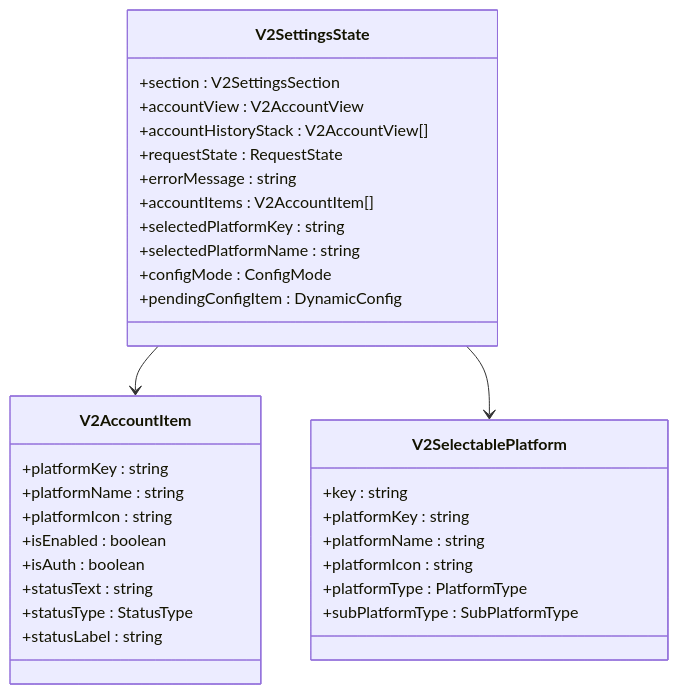
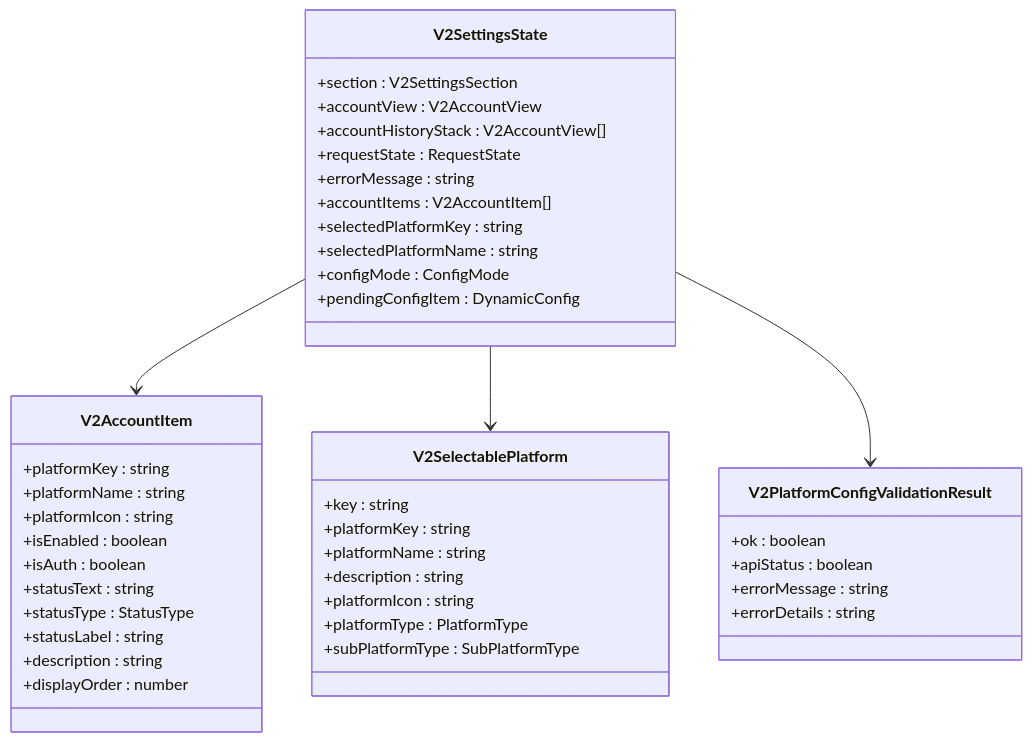
Before and after one commit to terwer/siyuan-plugin-publisher: the second of 17 diagrams in .qoder/repowiki/zh/content/V2 Settings Composable.md, drawn with Mermaid. The commit also changed other lines of this file and 19 other files, not shown here.

````diff
--- a/.qoder/repowiki/zh/content/V2 Settings Composable.md
+++ b/.qoder/repowiki/zh/content/V2 Settings Composable.md
@@ -100,35 +126,45 @@
 ```mermaid
 classDiagram
 class V2SettingsState {
 +section : V2SettingsSection
 +accountView : V2AccountView
 +accountHistoryStack : V2AccountView[]
 +requestState : RequestState
 +errorMessage : string
 +accountItems : V2AccountItem[]
 +selectedPlatformKey : string
 +selectedPlatformName : string
 +configMode : ConfigMode
 +pendingConfigItem : DynamicConfig
 }
 class V2AccountItem {
 +platformKey : string
 +platformName : string
 +platformIcon : string
 +isEnabled : boolean
 +isAuth : boolean
 +statusText : string
 +statusType : StatusType
 +statusLabel : string
++description : string
++displayOrder : number
 }
 class V2SelectablePlatform {
 +key : string
 +platformKey : string
 +platformName : string
++description : string
 +platformIcon : string
 +platformType : PlatformType
 +subPlatformType : SubPlatformType
 }
+class V2PlatformConfigValidationResult {
++ok : boolean
++apiStatus : boolean
++errorMessage : string
++errorDetails : string
+}
 V2SettingsState --> V2AccountItem
 V2SettingsState --> V2SelectablePlatform
+V2SettingsState --> V2PlatformConfigValidationResult
 ```
````
